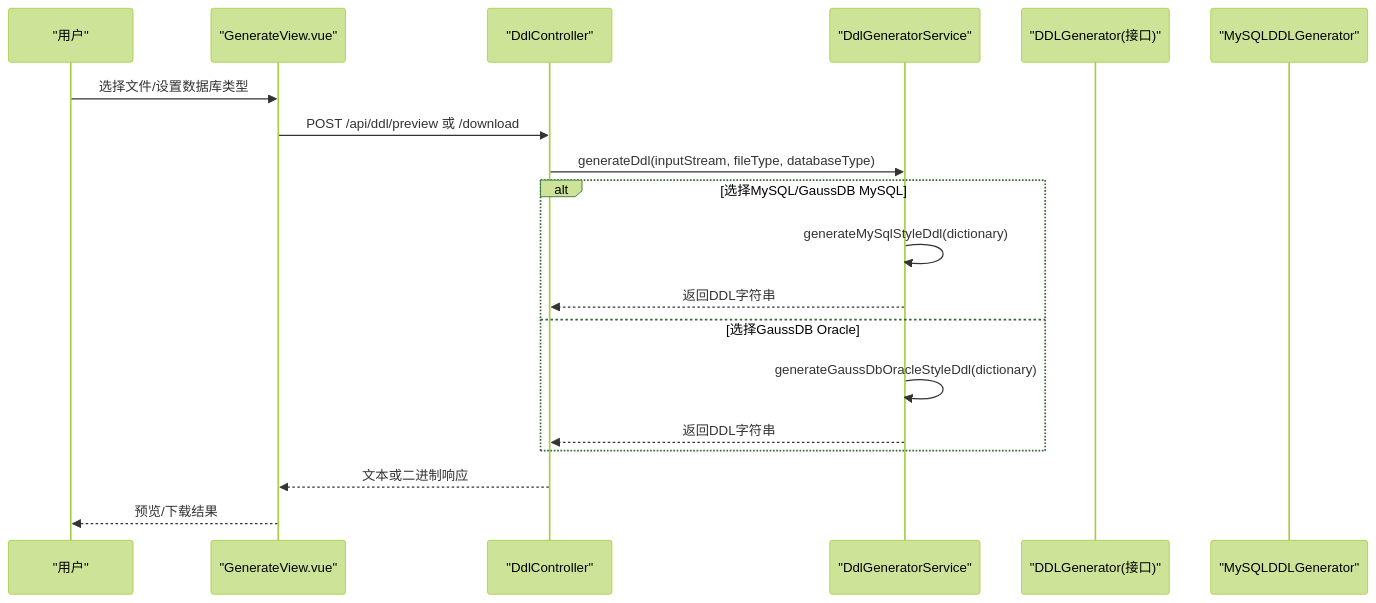
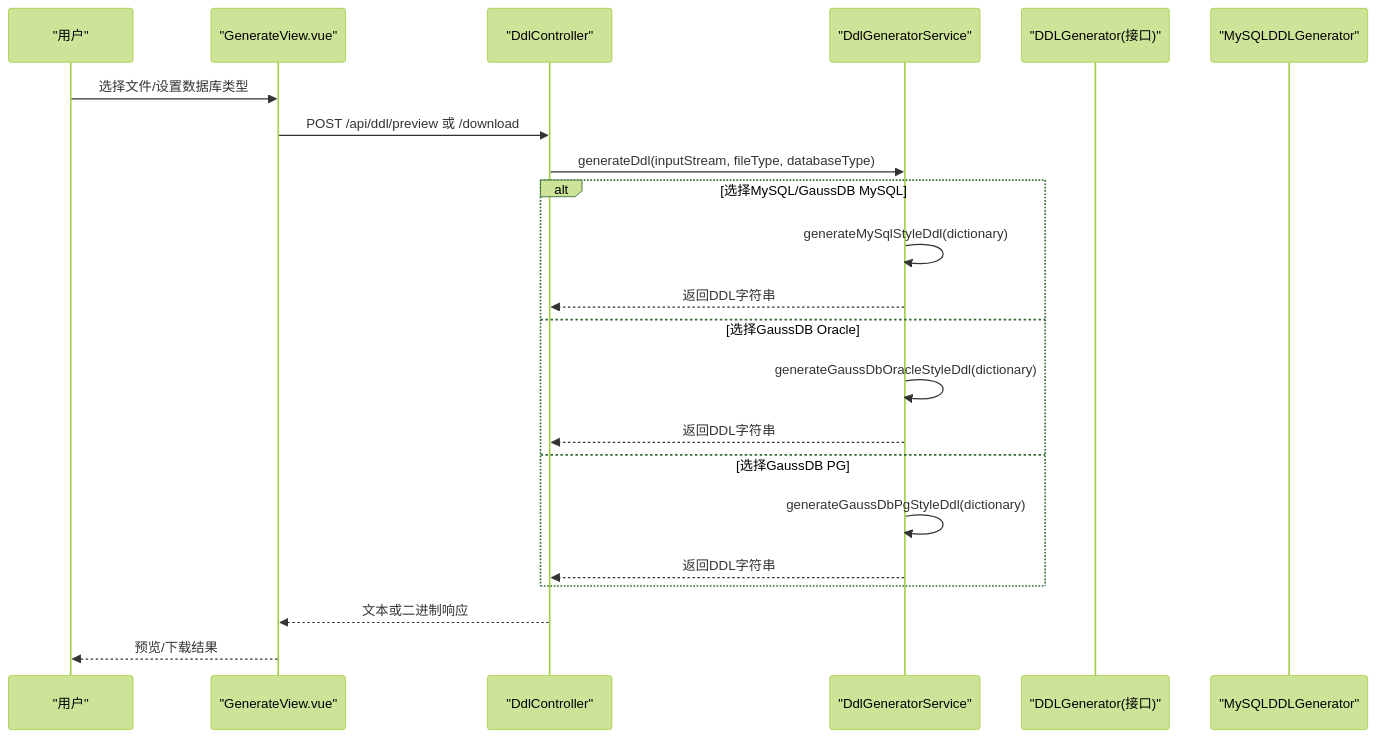
One commit to SamLing-Why/SchemaSync changed the second of 6 diagrams in .qoder/repowiki/zh/content/核心功能/DDL脚本生成.md. Above: the diagram before and after it, drawn with Mermaid (forest theme). The commit also changed other lines of this file and 38 other files, not shown here.

````diff
--- a/.qoder/repowiki/zh/content/核心功能/DDL脚本生成.md
+++ b/.qoder/repowiki/zh/content/核心功能/DDL脚本生成.md
@@ -117,21 +125,24 @@
 ```mermaid
 sequenceDiagram
 participant U as "用户"
 participant FE as "GenerateView.vue"
 participant C as "DdlController"
 participant S as "DdlGeneratorService"
 participant G as "DDLGenerator(接口)"
 participant M as "MySQLDDLGenerator"
 U->>FE : 选择文件/设置数据库类型
 FE->>C : POST /api/ddl/preview 或 /download
 C->>S : generateDdl(inputStream, fileType, databaseType)
 alt 选择MySQL/GaussDB MySQL
 S->>S : generateMySqlStyleDdl(dictionary)
 S-->>C : 返回DDL字符串
 else 选择GaussDB Oracle
 S->>S : generateGaussDbOracleStyleDdl(dictionary)
 S-->>C : 返回DDL字符串
+else 选择GaussDB PG
+S->>S : generateGaussDbPgStyleDdl(dictionary)
+S-->>C : 返回DDL字符串
 end
 C-->>FE : 文本或二进制响应
 FE-->>U : 预览/下载结果
 ```
````
